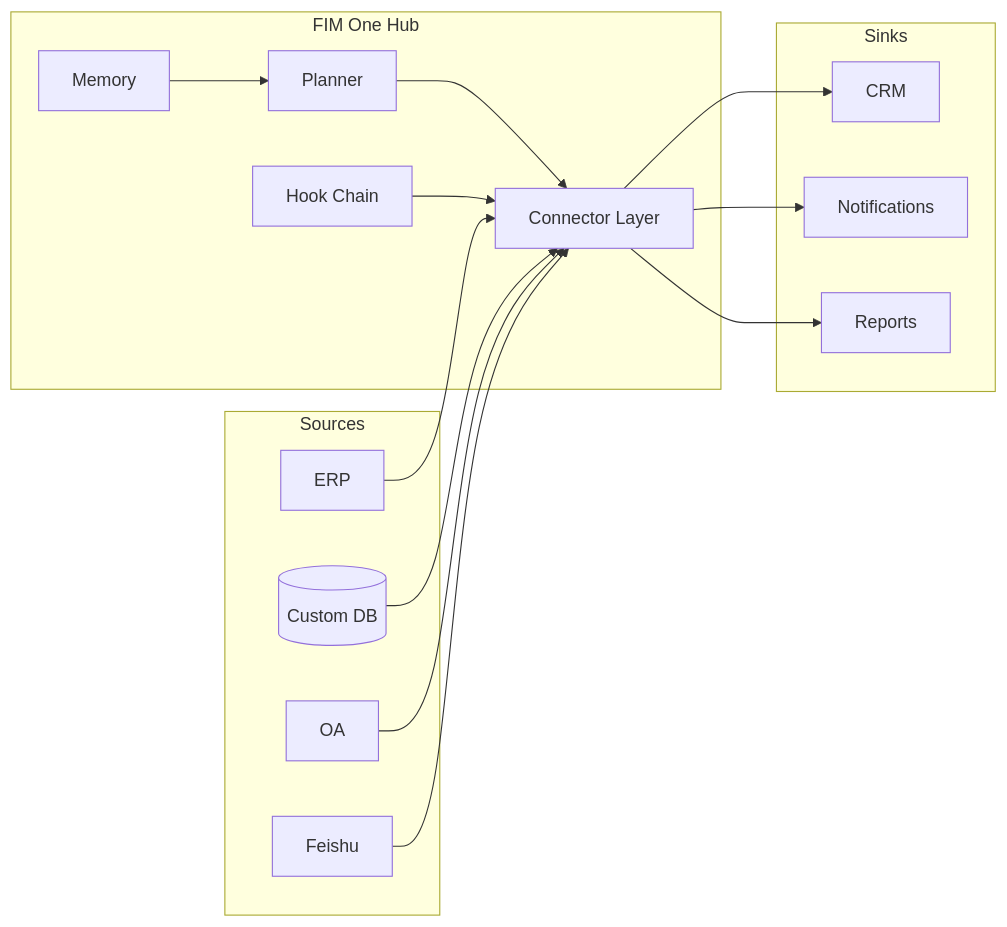
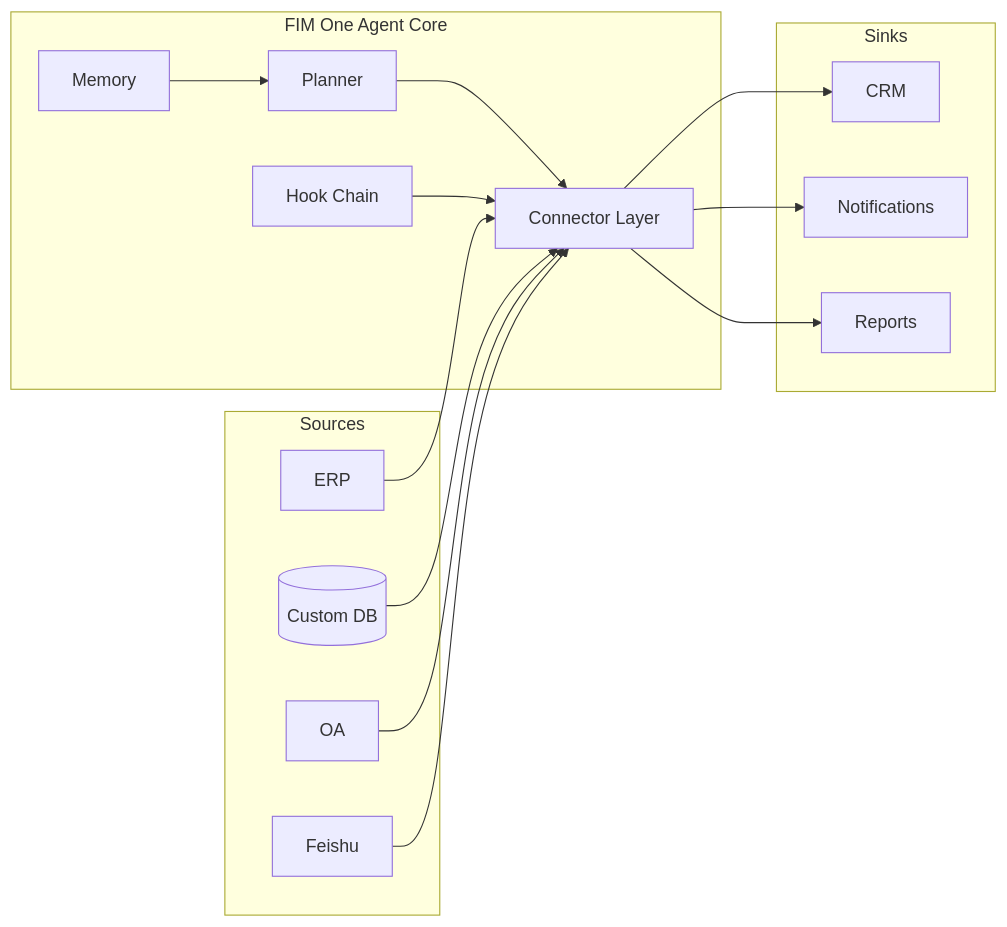
One commit to fim-ai/fim-agent changed the diagram in docs/de/whitepaper.mdx. Above: the diagram before and after it, drawn with Mermaid. The commit also changed other lines of this file and 44 other files, not shown here.

````diff
--- a/docs/de/whitepaper.mdx
+++ b/docs/de/whitepaper.mdx
@@ -133,26 +133,26 @@
 ```mermaid
 flowchart LR
   subgraph Sources
     ERP[ERP]
     DB[(Custom DB)]
     OA[OA]
     FS[Feishu]
   end
-  subgraph Hub["FIM One Hub"]
+  subgraph Hub["FIM One Agent Core"]
     P[Planner] --> C[Connector Layer]
     M[Memory] --> P
     H[Hook Chain] --> C
   end
   subgraph Sinks
     CRM[CRM]
     Notify[Notifications]
     Reports[Reports]
   end
   ERP --> C
   DB --> C
   OA --> C
   FS --> C
   C --> CRM
   C --> Notify
   C --> Reports
 ```
````
